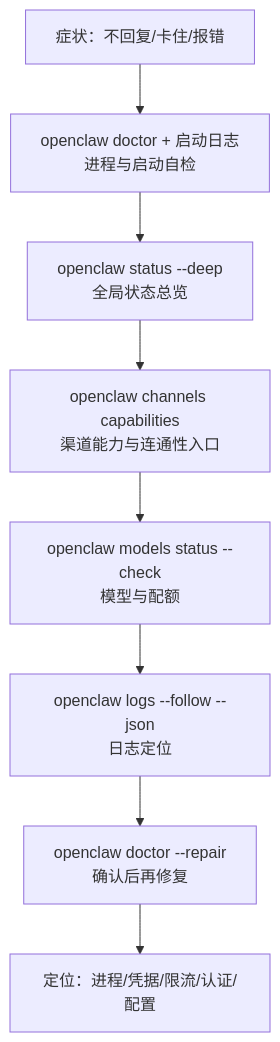
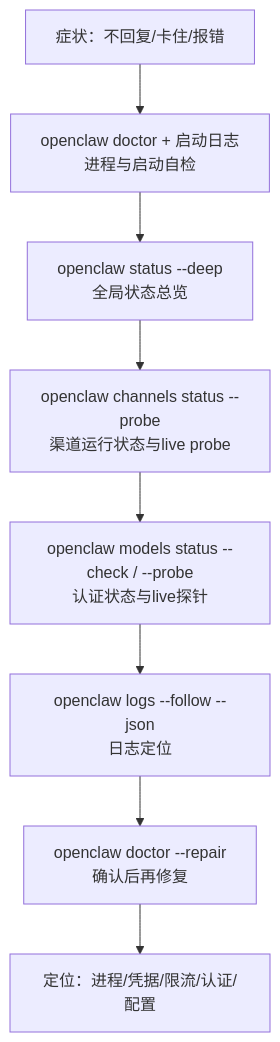
Before and after one commit to yeasy/openclaw_guide: the diagram in 03_minimal_loop/3.2_diagnostics.md, drawn with Mermaid. The commit also changed other lines of this file and 89 other files, not shown here.

````diff
--- a/03_minimal_loop/3.2_diagnostics.md
+++ b/03_minimal_loop/3.2_diagnostics.md
@@ -20,10 +20,10 @@
 ```mermaid
 flowchart TD
     Start["症状：不回复/卡住/报错"] --> S1["openclaw doctor + 启动日志<br/>进程与启动自检"]
     S1 --> S1a["openclaw status --deep<br/>全局状态总览"]
-    S1a --> S2["openclaw channels capabilities<br/>渠道能力与连通性入口"]
-    S2 --> S3["openclaw models status --check<br/>模型与配额"]
+    S1a --> S2["openclaw channels status --probe<br/>渠道运行状态与live probe"]
+    S2 --> S3["openclaw models status --check / --probe<br/>认证状态与live探针"]
     S3 --> S4["openclaw logs --follow --json<br/>日志定位"]
     S4 --> Fix["openclaw doctor --repair<br/>确认后再修复"]
     Fix --> End["定位：进程/凭据/限流/认证/配置"]
 ```
````
